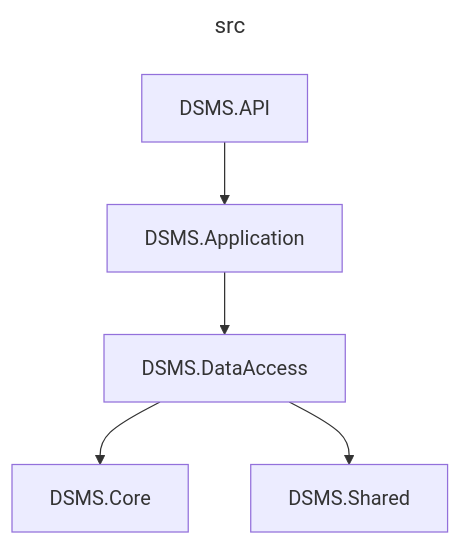
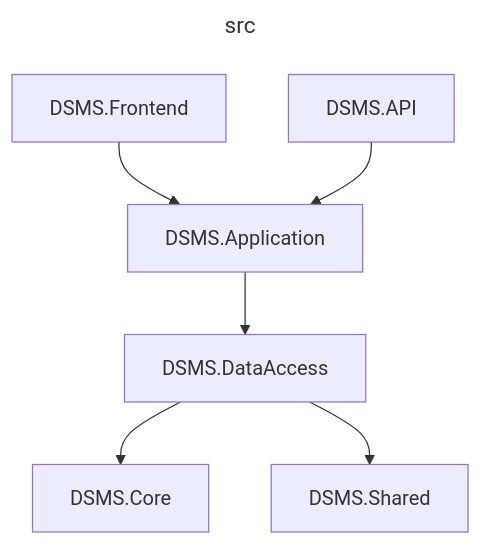
One commit to anamarijapapic/Driving-School-Management-System changed the diagram in README.md. Above: the diagram before and after it, drawn with Mermaid. The commit also changed 82 other files, not shown here.

````diff
--- a/README.md
+++ b/README.md
@@ -78,10 +78,11 @@
 ```mermaid
 ---
 title: src
 ---
 flowchart TD
+    DSMS.Frontend --> DSMS.Application
     DSMS.API --> DSMS.Application
     DSMS.Application --> DSMS.DataAccess
     DSMS.DataAccess --> DSMS.Core
     DSMS.DataAccess --> DSMS.Shared
 ```
````
